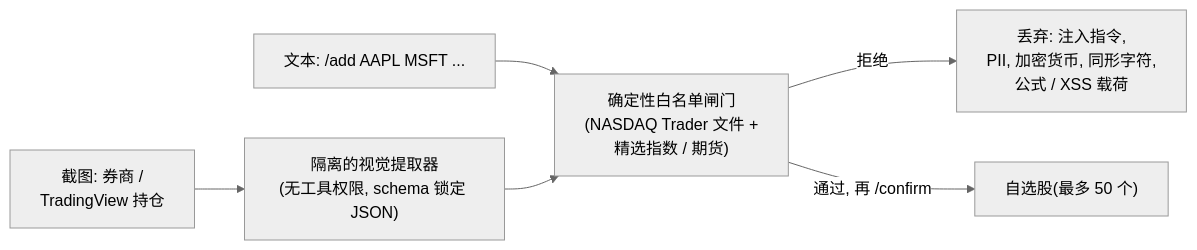
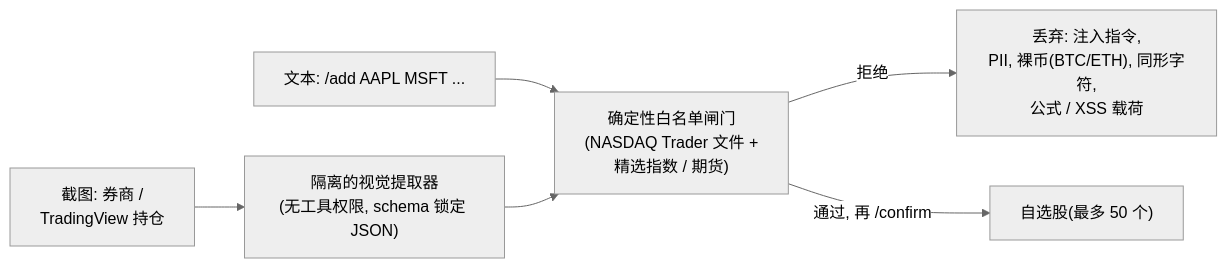
The second of 2 diagrams in README.zh.md (feifeifeifeifeifeifei/agent-host), drawn with Mermaid (neutral theme) before and after one commit. The commit also changed other lines of this file and 1 other file, not shown here.

Commit message:
docs: clarify crypto policy — raw coins rejected, listed crypto ETFs allowed
The guardrail rejects bare coin tickers/pairs (BTC, ETH, DOGE-USD), not
SEC-listed crypto ETFs (IBIT, BITO), which are ordinary NASDAQ/NYSE-listed
securities in the allowlist and tracked like any other ETF. Precise wording
in the "what gets discarded" list + the reject-node label (EN + ZH).

````diff
--- a/README.zh.md
+++ b/README.zh.md
@@ -64,9 +64,9 @@
 ```mermaid
 flowchart LR
     A["文本: /add AAPL MSFT ..."] --> G
     B["截图: 券商 /<br/>TradingView 持仓"] --> V["隔离的视觉提取器<br/>(无工具权限, schema 锁定 JSON)"]
     V --> G
     G["确定性白名单闸门<br/>(NASDAQ Trader 文件 +<br/>精选指数 / 期货)"]
-    G -->|拒绝| R["丢弃: 注入指令,<br/>PII, 加密货币, 同形字符,<br/>公式 / XSS 载荷"]
+    G -->|拒绝| R["丢弃: 注入指令,<br/>PII, 裸币(BTC/ETH), 同形字符,<br/>公式 / XSS 载荷"]
     G -->|通过, 再 /confirm| W["自选股(最多 50 个)"]
 ```
````
